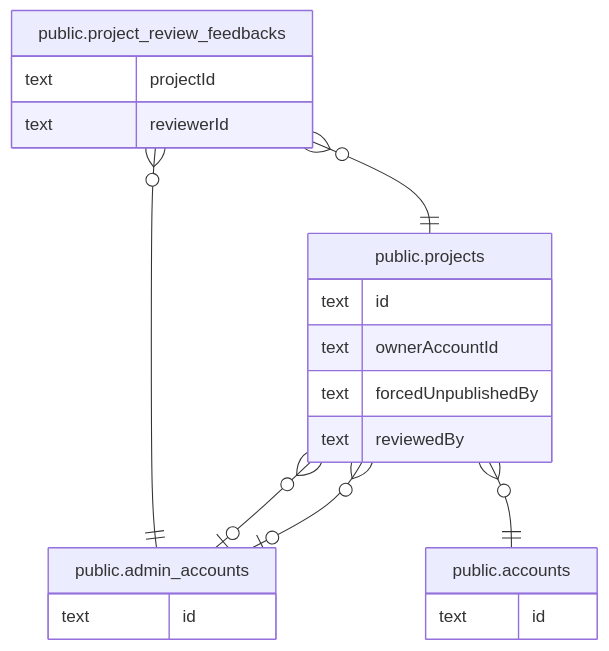
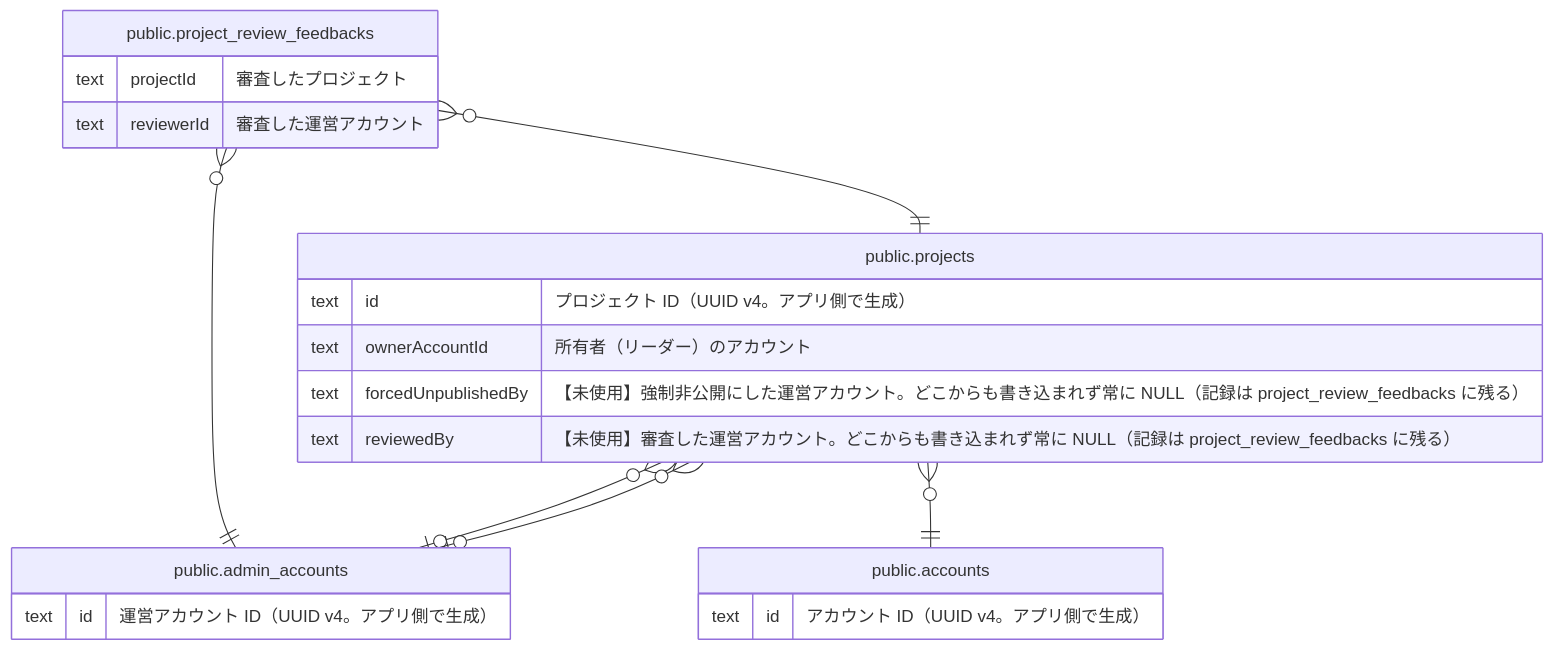
The diagram in docs/db/viewpoint-project.md (Physicalfunding/PhysiFun), drawn with Mermaid before and after one commit. The commit also changed other lines of this file and 23 other files, not shown here.

````diff
--- a/docs/db/viewpoint-project.md
+++ b/docs/db/viewpoint-project.md
@@ -18,26 +18,26 @@
 ```mermaid
 erDiagram
 
 "public.projects" }o--o| "public.admin_accounts" : ""
 "public.projects" }o--o| "public.admin_accounts" : ""
 "public.projects" }o--|| "public.accounts" : ""
 "public.project_review_feedbacks" }o--|| "public.admin_accounts" : ""
 "public.project_review_feedbacks" }o--|| "public.projects" : ""
 
 "public.admin_accounts" {
-  text id ""
+  text id "運営アカウント ID（UUID v4。アプリ側で生成）"
 }
 "public.accounts" {
-  text id ""
+  text id "アカウント ID（UUID v4。アプリ側で生成）"
 }
 "public.projects" {
-  text id ""
-  text ownerAccountId ""
-  text forcedUnpublishedBy ""
-  text reviewedBy ""
+  text id "プロジェクト ID（UUID v4。アプリ側で生成）"
+  text ownerAccountId "所有者（リーダー）のアカウント"
+  text forcedUnpublishedBy "【未使用】強制非公開にした運営アカウント。どこからも書き込まれず常に NULL（記録は project_review_feedbacks に残る）"
+  text reviewedBy "【未使用】審査した運営アカウント。どこからも書き込まれず常に NULL（記録は project_review_feedbacks に残る）"
 }
 "public.project_review_feedbacks" {
-  text projectId ""
-  text reviewerId ""
+  text projectId "審査したプロジェクト"
+  text reviewerId "審査した運営アカウント"
 }
 ```
````
